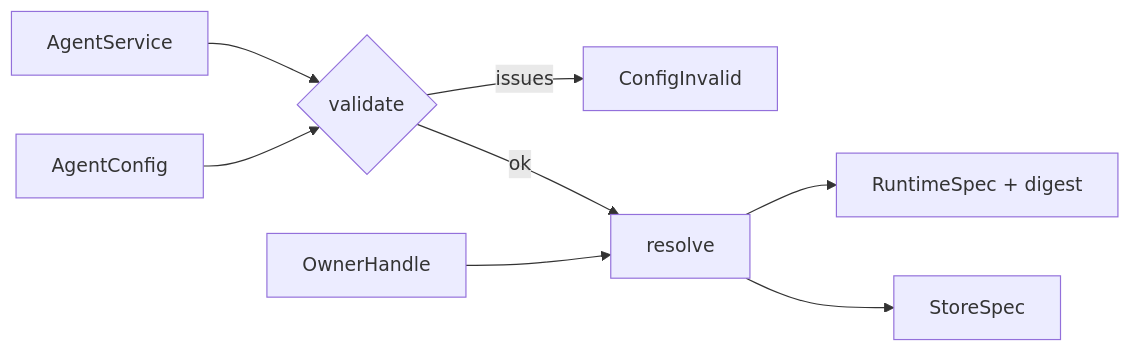
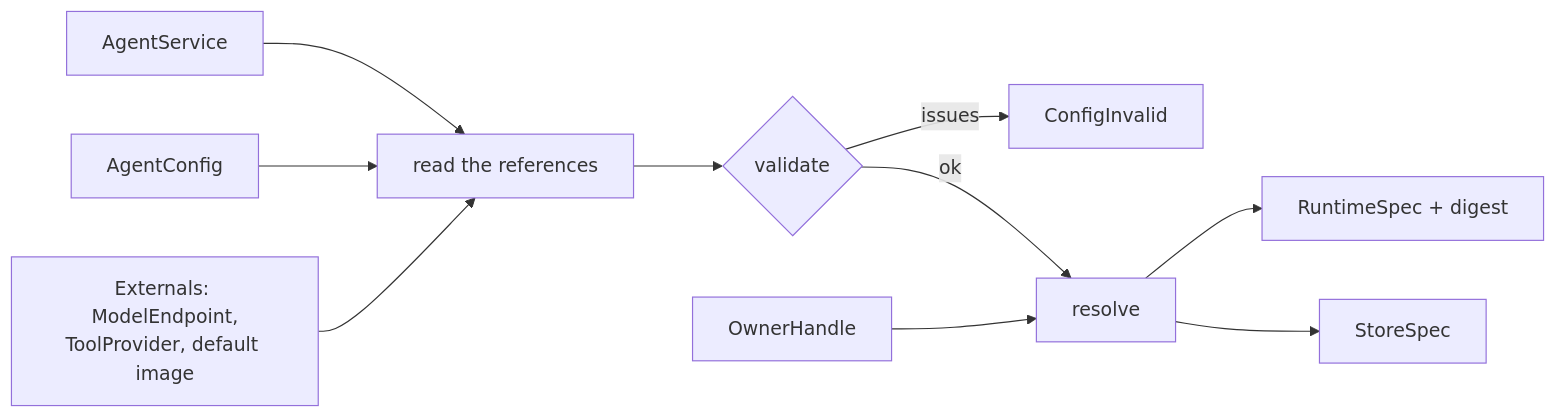
One commit to vymalo/another-agentic-platform changed the first of 2 diagrams in crates/domain/README.md. Above: the diagram before and after it, drawn with Mermaid. The commit also changed other lines of this file and 58 other files, not shown here.

First line of the commit message:
feat(operator): resolve the shared objects and the default image, and watch their kinds (D2) (#21)

````diff
--- a/crates/domain/README.md
+++ b/crates/domain/README.md
@@ -20,10 +23,12 @@
 ```mermaid
 flowchart LR
-    S[AgentService] --> V{validate}
-    C[AgentConfig] --> V
+    S[AgentService] --> M
+    C[AgentConfig] --> M[read the references]
+    E["Externals: ModelEndpoint,<br/>ToolProvider, default image"] --> M
+    M --> V{validate}
     V -->|issues| X[ConfigInvalid]
     V -->|ok| R[resolve]
     O[OwnerHandle] --> R
     R --> RS[RuntimeSpec + digest]
     R --> SS[StoreSpec]
 ```
````
